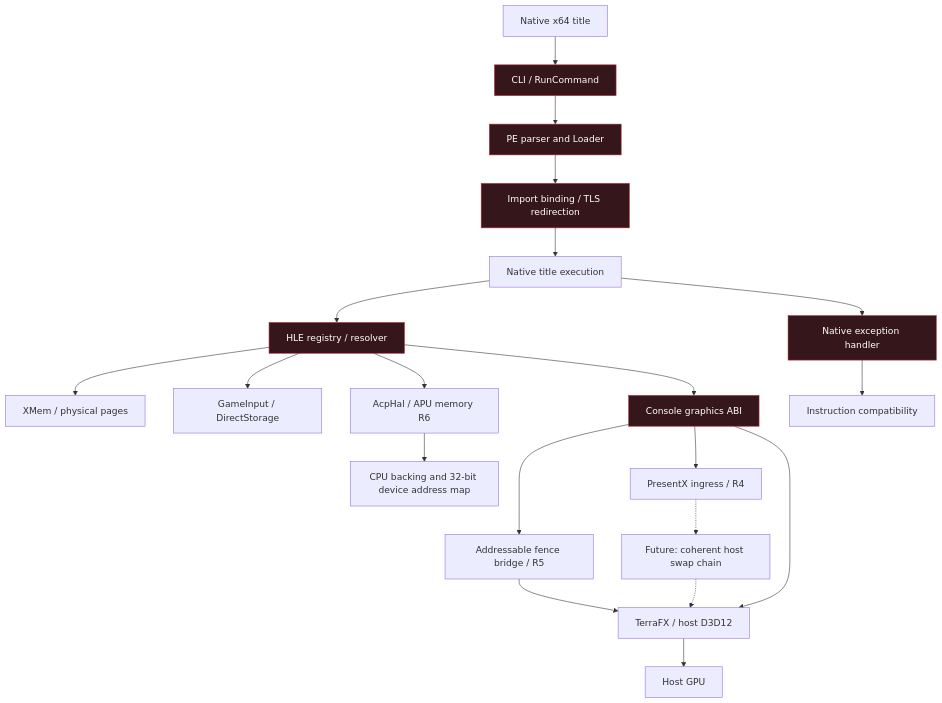
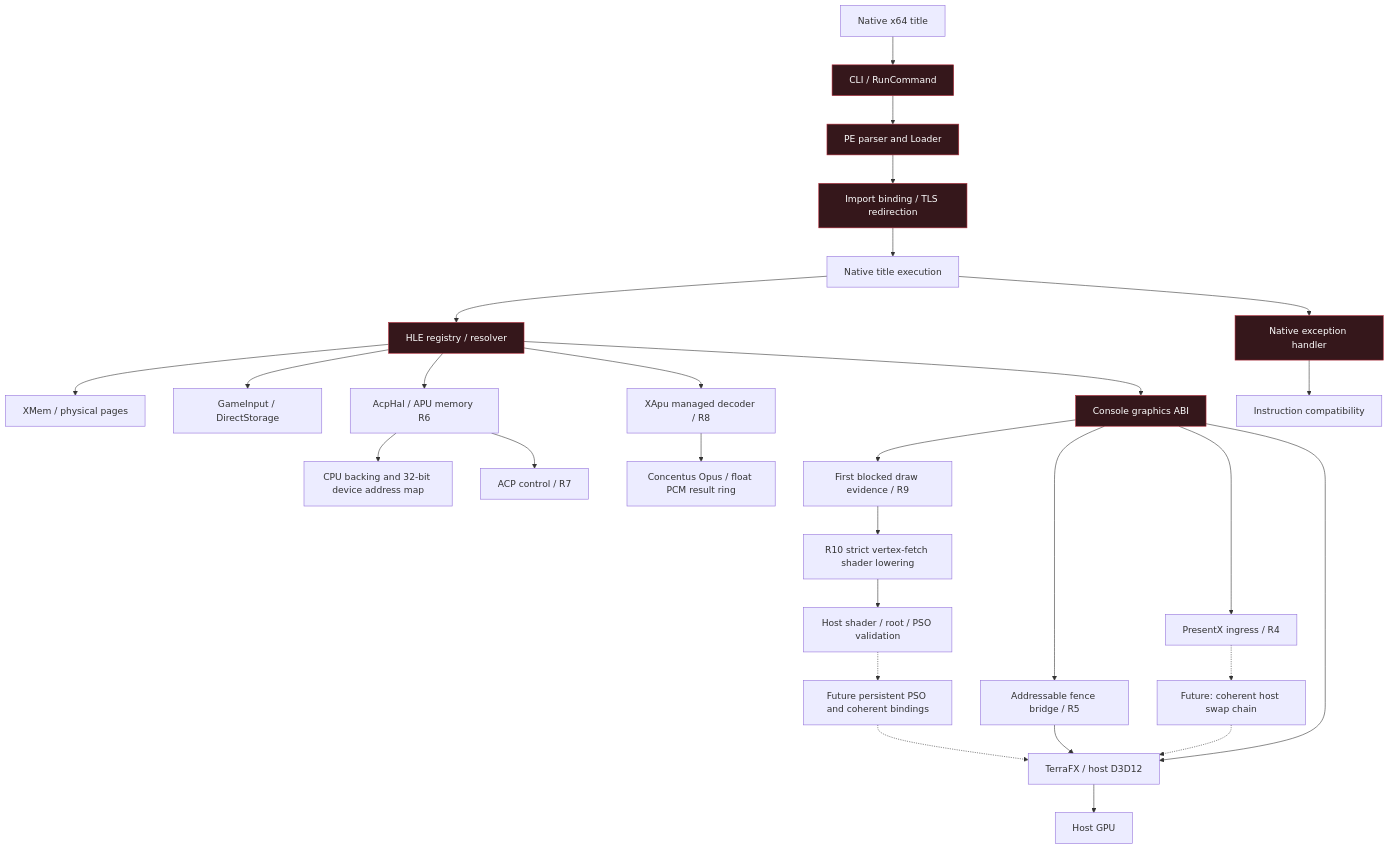
One commit to DBWilliamEngineering/IraRationis changed the first of 10 diagrams in README.md. Above: the diagram before and after it, drawn with Mermaid. The commit also changed other lines of this file and 12 other files, not shown here.

First line of the commit message:
Establish first-draw shader and pipeline evidence boundary

````diff
--- a/README.md
+++ b/README.md
@@ -39,24 +39,32 @@
 ```mermaid
 flowchart TD
     A[Native x64 title] --> B[CLI / RunCommand]
     B --> C[PE parser and Loader]
     C --> D[Import binding / TLS redirection]
     D --> E[Native title execution]
     E --> F[HLE registry / resolver]
     E --> G[Native exception handler]
     F --> H[XMem / physical pages]
     F --> I[GameInput / DirectStorage]
     F --> S[AcpHal / APU memory R6]
     S --> T[CPU backing and 32-bit device address map]
+    S --> U[ACP control / R7]
+    F --> X[XApu managed decoder / R8]
+    X --> Y[Concentus Opus / float PCM result ring]
     F --> J[Console graphics ABI]
+    J --> Z[First blocked draw evidence / R9]
+    Z --> W[R10 strict vertex-fetch shader lowering]
+    W --> AA[Host shader / root / PSO validation]
+    AA -.-> AB[Future persistent PSO and coherent bindings]
+    AB -.-> K
     J --> P[PresentX ingress / R4]
     J --> R[Addressable fence bridge / R5]
     R --> K
     P -.-> Q[Future: coherent host swap chain]
     Q -.-> K
     J --> K[TerraFX / host D3D12]
     K --> L[Host GPU]
     G --> M[Instruction compatibility]
     classDef irx fill:#35171b,stroke:#b52837,color:#fff
     class B,C,D,F,G,J irx
 ```
````
